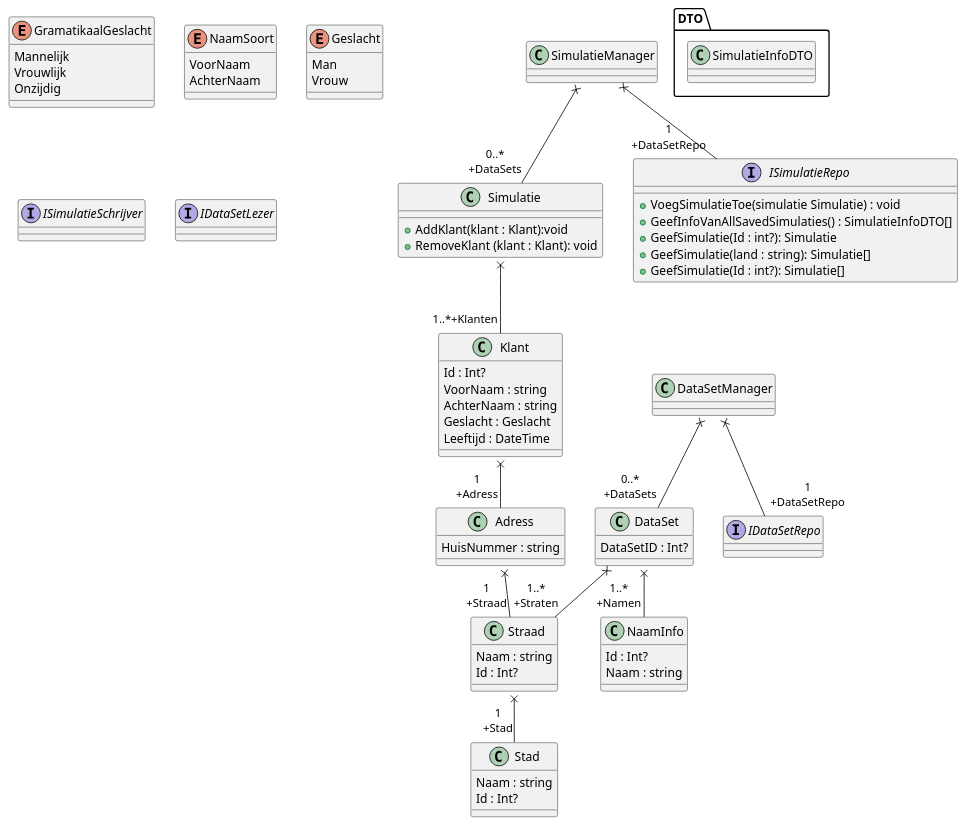
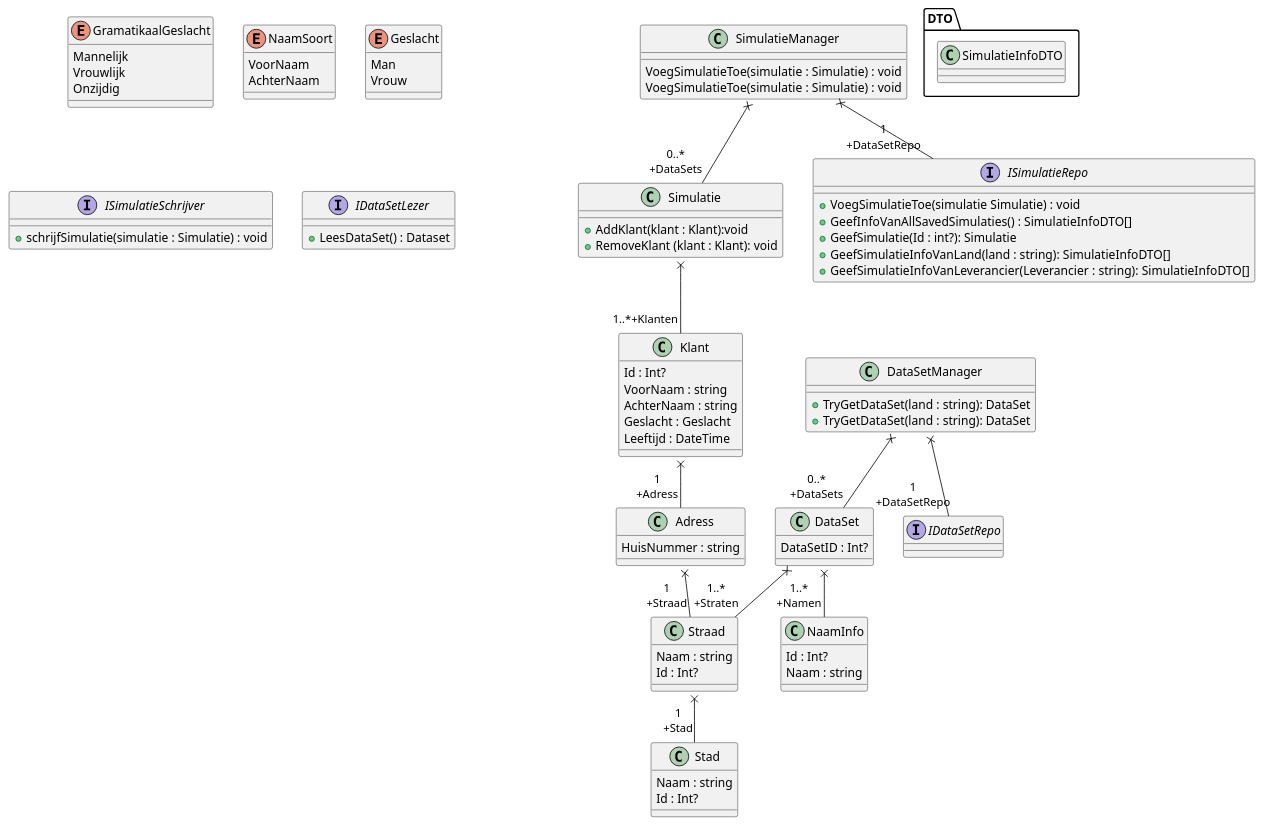
The diagram in Ontwerp/KlantenGenerator.plantuml (mrSerious195/EindOpdrachtPG1), drawn with PlantUML before and after one commit. The commit also changed 27 other files, not shown here.

```diff
--- a/Ontwerp/KlantenGenerator.plantuml
+++ b/Ontwerp/KlantenGenerator.plantuml
@@ -1,107 +1,110 @@
 @startuml
 class Stad{
 Naam : string
 Id : Int?
 }
 
 class Straad{
     Naam : string
 Id : Int?
 }
 
 Straad x-- "1\n+Stad" Stad
 class Adress{
 HuisNummer : string
 }
 
 Adress x-- "1\n+Straad" Straad
 class NaamInfo{
 Id : Int?
 Naam : string
 
 }
 
 Enum GramatikaalGeslacht{
     Mannelijk
     Vrouwlijk
     Onzijdig
 }
 
 Enum NaamSoort{
     VoorNaam
     AchterNaam
 }
 
 Class DataSet{
 DataSetID : Int?
 }
 
 DataSet x-- "1..*\n+Straten" Straad
 DataSet x-- "1..*\n+Namen" NaamInfo
 
 class Klant{
     Id : Int?
     VoorNaam : string
     AchterNaam : string
     Geslacht : Geslacht
     Leeftijd : DateTime
 }
 Enum Geslacht{
     Man
     Vrouw
 }
 
 Klant x-- "1\n+Adress" Adress
 
 class Simulatie{
     + AddKlant(klant : Klant):void
     + RemoveKlant (klant : Klant): void
 }
 
 Simulatie x--"1..*+Klanten" Klant
 
 class DataSetManager{
-
+ + TryGetDataSet(land : string): DataSet
+ + TryGetDataSet(land : string): DataSet
 }
 
 interface IDataSetRepo{
 
 }
 
 DataSetManager x--"1\n+DataSetRepo"IDataSetRepo
 
 DataSetManager x--"0..*\n+DataSets"DataSet
 
 
 class SimulatieManager{
-
+VoegSimulatieToe(simulatie : Simulatie) : void
+VoegSimulatieToe(simulatie : Simulatie) : void
 }
 
 interface ISimulatieRepo{
     + VoegSimulatieToe(simulatie Simulatie) : void
     + GeefInfoVanAllSavedSimulaties() : SimulatieInfoDTO[]
     + GeefSimulatie(Id : int?): Simulatie
-    + GeefSimulatie(land : string): Simulatie[]
-    + GeefSimulatie(Id : int?): Simulatie[]
+    + GeefSimulatieInfoVanLand(land : string): SimulatieInfoDTO[]
+    + GeefSimulatieInfoVanLeverancier(Leverancier : string): SimulatieInfoDTO[]
 }
 
 Folder DTO{
  class SimulatieInfoDTO{
 
  }
 }
 
 SimulatieManager x--"1\n+DataSetRepo"ISimulatieRepo
 
 SimulatieManager x--"0..*\n+DataSets"Simulatie
 
 interface ISimulatieSchrijver{
-
+ + schrijfSimulatie(simulatie : Simulatie) : void
 }
 
 interface IDataSetLezer{
+ + LeesDataSet() : Dataset
 
 }
 
 
 @enduml
```
